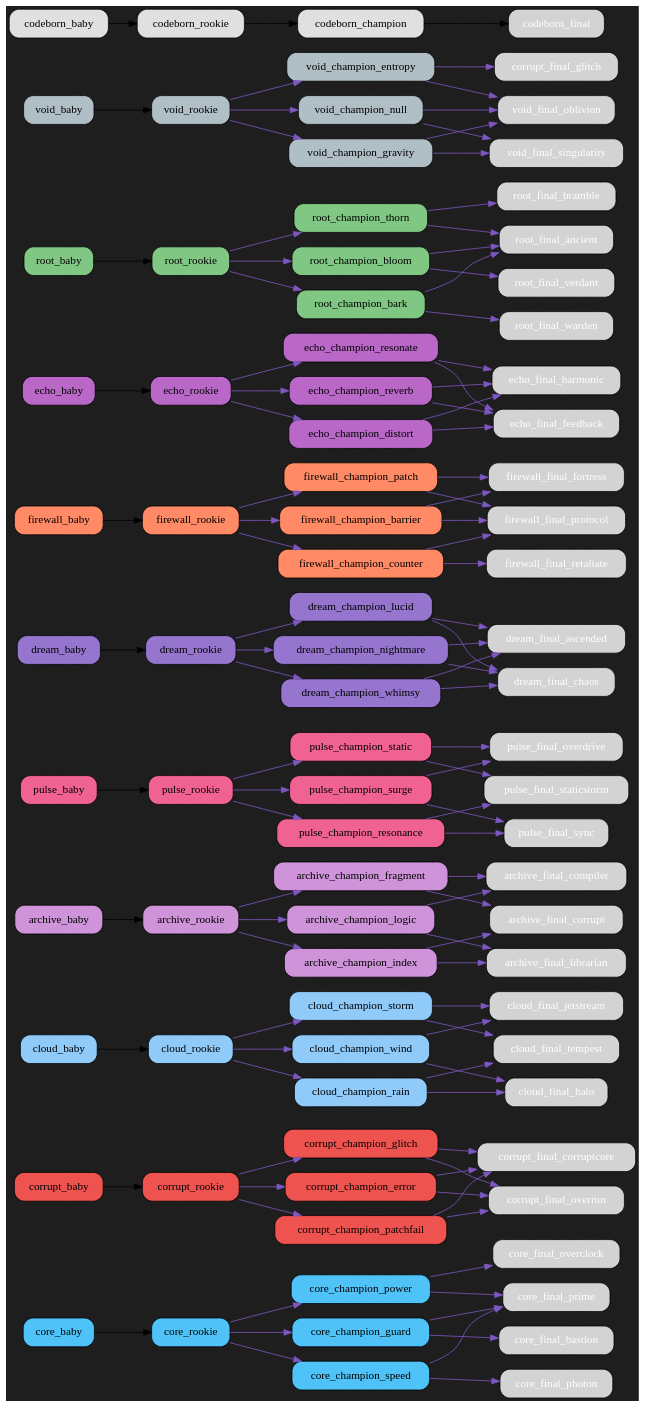
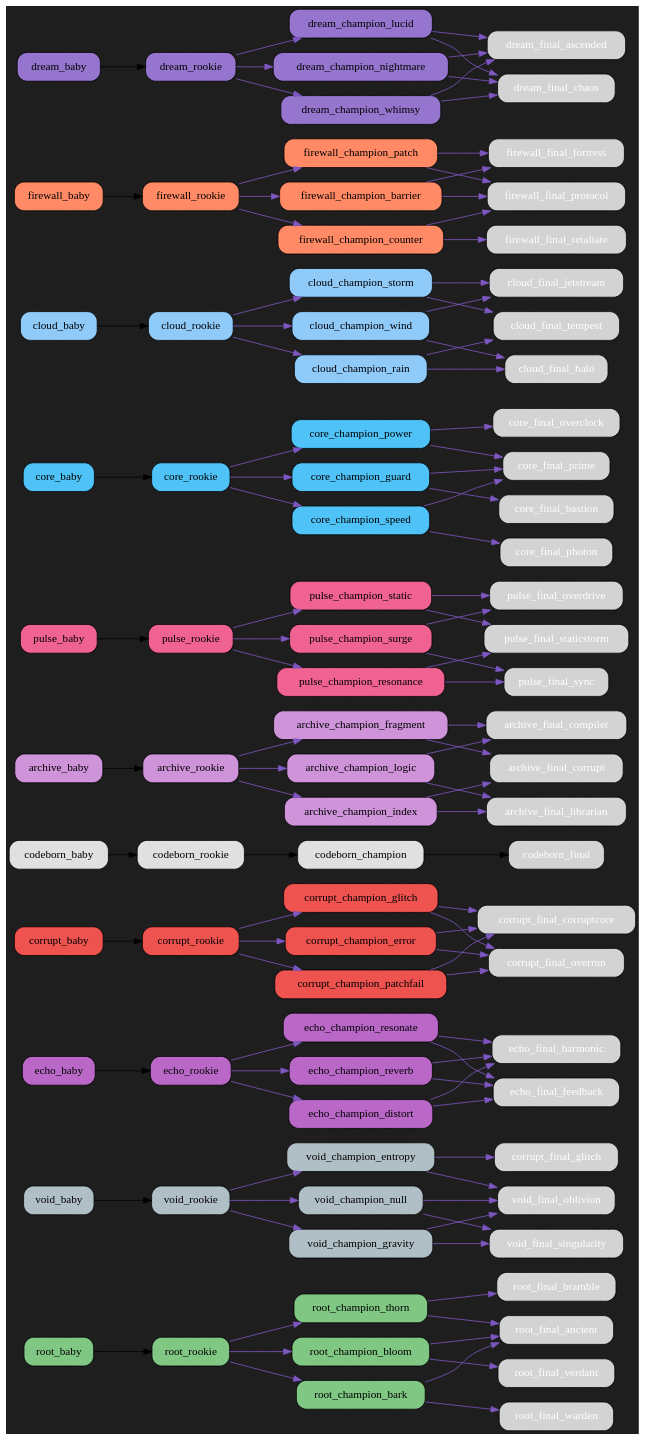
One commit to bwlight/NetGrid changed the diagram in src/netgrid/systems/evolution/graphs/dark/evolution_graph_dark.dot. Above: the diagram before and after it, drawn with Graphviz. The commit also changed other lines of this file and 8 other files, not shown here.

Commit message:
Auto-update evolution graphs

```diff
--- a/src/netgrid/systems/evolution/graphs/dark/evolution_graph_dark.dot
+++ b/src/netgrid/systems/evolution/graphs/dark/evolution_graph_dark.dot
@@ -2,21 +2,51 @@
   rankdir=LR;
   bgcolor="#1e1e1e";
   node [shape=box, style="rounded,filled", fontcolor="white"];
-  "core_baby" [fillcolor="#4fc3f7", fontcolor="black"];
-  "core_baby" -> "core_rookie";
-  "core_rookie" [fillcolor="#4fc3f7", fontcolor="black"];
-  "core_rookie" -> "core_champion_power" [color="#7e57c2"];
-  "core_rookie" -> "core_champion_guard" [color="#7e57c2"];
-  "core_rookie" -> "core_champion_speed" [color="#7e57c2"];
-  "core_champion_power" [fillcolor="#4fc3f7", fontcolor="black"];
-  "core_champion_power" -> "core_final_overclock" [color="#7e57c2"];
-  "core_champion_power" -> "core_final_prime" [color="#7e57c2"];
-  "core_champion_guard" [fillcolor="#4fc3f7", fontcolor="black"];
-  "core_champion_guard" -> "core_final_bastion" [color="#7e57c2"];
-  "core_champion_guard" -> "core_final_prime" [color="#7e57c2"];
-  "core_champion_speed" [fillcolor="#4fc3f7", fontcolor="black"];
-  "core_champion_speed" -> "core_final_photon" [color="#7e57c2"];
-  "core_champion_speed" -> "core_final_prime" [color="#7e57c2"];
+  "root_baby" [fillcolor="#81c784", fontcolor="black"];
+  "root_baby" -> "root_rookie";
+  "root_rookie" [fillcolor="#81c784", fontcolor="black"];
+  "root_rookie" -> "root_champion_thorn" [color="#7e57c2"];
+  "root_rookie" -> "root_champion_bloom" [color="#7e57c2"];
+  "root_rookie" -> "root_champion_bark" [color="#7e57c2"];
+  "root_champion_thorn" [fillcolor="#81c784", fontcolor="black"];
+  "root_champion_thorn" -> "root_final_bramble" [color="#7e57c2"];
+  "root_champion_thorn" -> "root_final_ancient" [color="#7e57c2"];
+  "root_champion_bloom" [fillcolor="#81c784", fontcolor="black"];
+  "root_champion_bloom" -> "root_final_ancient" [color="#7e57c2"];
+  "root_champion_bloom" -> "root_final_verdant" [color="#7e57c2"];
+  "root_champion_bark" [fillcolor="#81c784", fontcolor="black"];
+  "root_champion_bark" -> "root_final_warden" [color="#7e57c2"];
+  "root_champion_bark" -> "root_final_ancient" [color="#7e57c2"];
+  "void_baby" [fillcolor="#b0bec5", fontcolor="black"];
+  "void_baby" -> "void_rookie";
+  "void_rookie" [fillcolor="#b0bec5", fontcolor="black"];
+  "void_rookie" -> "void_champion_entropy" [color="#7e57c2"];
+  "void_rookie" -> "void_champion_gravity" [color="#7e57c2"];
+  "void_rookie" -> "void_champion_null" [color="#7e57c2"];
+  "void_champion_entropy" [fillcolor="#b0bec5", fontcolor="black"];
+  "void_champion_entropy" -> "corrupt_final_glitch" [color="#7e57c2"];
+  "void_champion_entropy" -> "void_final_oblivion" [color="#7e57c2"];
+  "void_champion_gravity" [fillcolor="#b0bec5", fontcolor="black"];
+  "void_champion_gravity" -> "void_final_singularity" [color="#7e57c2"];
+  "void_champion_gravity" -> "void_final_oblivion" [color="#7e57c2"];
+  "void_champion_null" [fillcolor="#b0bec5", fontcolor="black"];
+  "void_champion_null" -> "void_final_oblivion" [color="#7e57c2"];
+  "void_champion_null" -> "void_final_singularity" [color="#7e57c2"];
+  "echo_baby" [fillcolor="#ba68c8", fontcolor="black"];
+  "echo_baby" -> "echo_rookie";
+  "echo_rookie" [fillcolor="#ba68c8", fontcolor="black"];
+  "echo_rookie" -> "echo_champion_resonate" [color="#7e57c2"];
+  "echo_rookie" -> "echo_champion_reverb" [color="#7e57c2"];
+  "echo_rookie" -> "echo_champion_distort" [color="#7e57c2"];
+  "echo_champion_resonate" [fillcolor="#ba68c8", fontcolor="black"];
+  "echo_champion_resonate" -> "echo_final_harmonic" [color="#7e57c2"];
+  "echo_champion_resonate" -> "echo_final_feedback" [color="#7e57c2"];
+  "echo_champion_reverb" [fillcolor="#ba68c8", fontcolor="black"];
+  "echo_champion_reverb" -> "echo_final_feedback" [color="#7e57c2"];
+  "echo_champion_reverb" -> "echo_final_harmonic" [color="#7e57c2"];
+  "echo_champion_distort" [fillcolor="#ba68c8", fontcolor="black"];
+  "echo_champion_distort" -> "echo_final_feedback" [color="#7e57c2"];
+  "echo_champion_distort" -> "echo_final_harmonic" [color="#7e57c2"];
   "corrupt_baby" [fillcolor="#ef5350", fontcolor="black"];
   "corrupt_baby" -> "corrupt_rookie";
   "corrupt_rookie" [fillcolor="#ef5350", fontcolor="black"];
@@ -32,21 +62,12 @@
   "corrupt_champion_patchfail" [fillcolor="#ef5350", fontcolor="black"];
   "corrupt_champion_patchfail" -> "corrupt_final_corruptcore" [color="#7e57c2"];
   "corrupt_champion_patchfail" -> "corrupt_final_overrun" [color="#7e57c2"];
-  "cloud_baby" [fillcolor="#90caf9", fontcolor="black"];
-  "cloud_baby" -> "cloud_rookie";
-  "cloud_rookie" [fillcolor="#90caf9", fontcolor="black"];
-  "cloud_rookie" -> "cloud_champion_wind" [color="#7e57c2"];
-  "cloud_rookie" -> "cloud_champion_rain" [color="#7e57c2"];
-  "cloud_rookie" -> "cloud_champion_storm" [color="#7e57c2"];
-  "cloud_champion_wind" [fillcolor="#90caf9", fontcolor="black"];
-  "cloud_champion_wind" -> "cloud_final_jetstream" [color="#7e57c2"];
-  "cloud_champion_wind" -> "cloud_final_halo" [color="#7e57c2"];
-  "cloud_champion_rain" [fillcolor="#90caf9", fontcolor="black"];
-  "cloud_champion_rain" -> "cloud_final_halo" [color="#7e57c2"];
-  "cloud_champion_rain" -> "cloud_final_tempest" [color="#7e57c2"];
-  "cloud_champion_storm" [fillcolor="#90caf9", fontcolor="black"];
-  "cloud_champion_storm" -> "cloud_final_tempest" [color="#7e57c2"];
-  "cloud_champion_storm" -> "cloud_final_jetstream" [color="#7e57c2"];
+  "codeborn_baby" [fillcolor="#e0e0e0", fontcolor="black"];
+  "codeborn_baby" -> "codeborn_rookie";
+  "codeborn_rookie" [fillcolor="#e0e0e0", fontcolor="black"];
+  "codeborn_rookie" -> "codeborn_champion";
+  "codeborn_champion" [fillcolor="#e0e0e0", fontcolor="black"];
+  "codeborn_champion" -> "codeborn_final";
   "archive_baby" [fillcolor="#ce93d8", fontcolor="black"];
   "archive_baby" -> "archive_rookie";
   "archive_rookie" [fillcolor="#ce93d8", fontcolor="black"];
@@ -77,6 +98,51 @@
   "pulse_champion_static" [fillcolor="#f06292", fontcolor="black"];
   "pulse_champion_static" -> "pulse_final_staticstorm" [color="#7e57c2"];
   "pulse_champion_static" -> "pulse_final_overdrive" [color="#7e57c2"];
+  "core_baby" [fillcolor="#4fc3f7", fontcolor="black"];
+  "core_baby" -> "core_rookie";
+  "core_rookie" [fillcolor="#4fc3f7", fontcolor="black"];
+  "core_rookie" -> "core_champion_power" [color="#7e57c2"];
+  "core_rookie" -> "core_champion_guard" [color="#7e57c2"];
+  "core_rookie" -> "core_champion_speed" [color="#7e57c2"];
+  "core_champion_power" [fillcolor="#4fc3f7", fontcolor="black"];
+  "core_champion_power" -> "core_final_overclock" [color="#7e57c2"];
+  "core_champion_power" -> "core_final_prime" [color="#7e57c2"];
+  "core_champion_guard" [fillcolor="#4fc3f7", fontcolor="black"];
+  "core_champion_guard" -> "core_final_bastion" [color="#7e57c2"];
+  "core_champion_guard" -> "core_final_prime" [color="#7e57c2"];
+  "core_champion_speed" [fillcolor="#4fc3f7", fontcolor="black"];
+  "core_champion_speed" -> "core_final_photon" [color="#7e57c2"];
+  "core_champion_speed" -> "core_final_prime" [color="#7e57c2"];
+  "cloud_baby" [fillcolor="#90caf9", fontcolor="black"];
+  "cloud_baby" -> "cloud_rookie";
+  "cloud_rookie" [fillcolor="#90caf9", fontcolor="black"];
+  "cloud_rookie" -> "cloud_champion_wind" [color="#7e57c2"];
+  "cloud_rookie" -> "cloud_champion_rain" [color="#7e57c2"];
+  "cloud_rookie" -> "cloud_champion_storm" [color="#7e57c2"];
+  "cloud_champion_wind" [fillcolor="#90caf9", fontcolor="black"];
+  "cloud_champion_wind" -> "cloud_final_jetstream" [color="#7e57c2"];
+  "cloud_champion_wind" -> "cloud_final_halo" [color="#7e57c2"];
+  "cloud_champion_rain" [fillcolor="#90caf9", fontcolor="black"];
+  "cloud_champion_rain" -> "cloud_final_halo" [color="#7e57c2"];
+  "cloud_champion_rain" -> "cloud_final_tempest" [color="#7e57c2"];
+  "cloud_champion_storm" [fillcolor="#90caf9", fontcolor="black"];
+  "cloud_champion_storm" -> "cloud_final_tempest" [color="#7e57c2"];
+  "cloud_champion_storm" -> "cloud_final_jetstream" [color="#7e57c2"];
+  "firewall_baby" [fillcolor="#ff8a65", fontcolor="black"];
+  "firewall_baby" -> "firewall_rookie";
+  "firewall_rookie" [fillcolor="#ff8a65", fontcolor="black"];
+  "firewall_rookie" -> "firewall_champion_barrier" [color="#7e57c2"];
+  "firewall_rookie" -> "firewall_champion_counter" [color="#7e57c2"];
+  "firewall_rookie" -> "firewall_champion_patch" [color="#7e57c2"];
+  "firewall_champion_barrier" [fillcolor="#ff8a65", fontcolor="black"];
+  "firewall_champion_barrier" -> "firewall_final_fortress" [color="#7e57c2"];
+  "firewall_champion_barrier" -> "firewall_final_protocol" [color="#7e57c2"];
+  "firewall_champion_counter" [fillcolor="#ff8a65", fontcolor="black"];
+  "firewall_champion_counter" -> "firewall_final_retaliate" [color="#7e57c2"];
+  "firewall_champion_counter" -> "firewall_final_protocol" [color="#7e57c2"];
+  "firewall_champion_patch" [fillcolor="#ff8a65", fontcolor="black"];
+  "firewall_champion_patch" -> "firewall_final_protocol" [color="#7e57c2"];
+  "firewall_champion_patch" -> "firewall_final_fortress" [color="#7e57c2"];
   "dream_baby" [fillcolor="#9575cd", fontcolor="black"];
   "dream_baby" -> "dream_rookie";
   "dream_rookie" [fillcolor="#9575cd", fontcolor="black"];
@@ -92,70 +158,4 @@
   "dream_champion_whimsy" [fillcolor="#9575cd", fontcolor="black"];
   "dream_champion_whimsy" -> "dream_final_ascended" [color="#7e57c2"];
   "dream_champion_whimsy" -> "dream_final_chaos" [color="#7e57c2"];
-  "firewall_baby" [fillcolor="#ff8a65", fontcolor="black"];
-  "firewall_baby" -> "firewall_rookie";
-  "firewall_rookie" [fillcolor="#ff8a65", fontcolor="black"];
-  "firewall_rookie" -> "firewall_champion_barrier" [color="#7e57c2"];
-  "firewall_rookie" -> "firewall_champion_counter" [color="#7e57c2"];
-  "firewall_rookie" -> "firewall_champion_patch" [color="#7e57c2"];
-  "firewall_champion_barrier" [fillcolor="#ff8a65", fontcolor="black"];
-  "firewall_champion_barrier" -> "firewall_final_fortress" [color="#7e57c2"];
-  "firewall_champion_barrier" -> "firewall_final_protocol" [color="#7e57c2"];
-  "firewall_champion_counter" [fillcolor="#ff8a65", fontcolor="black"];
-  "firewall_champion_counter" -> "firewall_final_retaliate" [color="#7e57c2"];
-  "firewall_champion_counter" -> "firewall_final_protocol" [color="#7e57c2"];
-  "firewall_champion_patch" [fillcolor="#ff8a65", fontcolor="black"];
-  "firewall_champion_patch" -> "firewall_final_protocol" [color="#7e57c2"];
-  "firewall_champion_patch" -> "firewall_final_fortress" [color="#7e57c2"];
-  "echo_baby" [fillcolor="#ba68c8", fontcolor="black"];
-  "echo_baby" -> "echo_rookie";
-  "echo_rookie" [fillcolor="#ba68c8", fontcolor="black"];
-  "echo_rookie" -> "echo_champion_resonate" [color="#7e57c2"];
-  "echo_rookie" -> "echo_champion_reverb" [color="#7e57c2"];
-  "echo_rookie" -> "echo_champion_distort" [color="#7e57c2"];
-  "echo_champion_resonate" [fillcolor="#ba68c8", fontcolor="black"];
-  "echo_champion_resonate" -> "echo_final_harmonic" [color="#7e57c2"];
-  "echo_champion_resonate" -> "echo_final_feedback" [color="#7e57c2"];
-  "echo_champion_reverb" [fillcolor="#ba68c8", fontcolor="black"];
-  "echo_champion_reverb" -> "echo_final_feedback" [color="#7e57c2"];
-  "echo_champion_reverb" -> "echo_final_harmonic" [color="#7e57c2"];
-  "echo_champion_distort" [fillcolor="#ba68c8", fontcolor="black"];
-  "echo_champion_distort" -> "echo_final_feedback" [color="#7e57c2"];
-  "echo_champion_distort" -> "echo_final_harmonic" [color="#7e57c2"];
-  "root_baby" [fillcolor="#81c784", fontcolor="black"];
-  "root_baby" -> "root_rookie";
-  "root_rookie" [fillcolor="#81c784", fontcolor="black"];
-  "root_rookie" -> "root_champion_thorn" [color="#7e57c2"];
-  "root_rookie" -> "root_champion_bloom" [color="#7e57c2"];
-  "root_rookie" -> "root_champion_bark" [color="#7e57c2"];
-  "root_champion_thorn" [fillcolor="#81c784", fontcolor="black"];
-  "root_champion_thorn" -> "root_final_bramble" [color="#7e57c2"];
-  "root_champion_thorn" -> "root_final_ancient" [color="#7e57c2"];
-  "root_champion_bloom" [fillcolor="#81c784", fontcolor="black"];
-  "root_champion_bloom" -> "root_final_ancient" [color="#7e57c2"];
-  "root_champion_bloom" -> "root_final_verdant" [color="#7e57c2"];
-  "root_champion_bark" [fillcolor="#81c784", fontcolor="black"];
-  "root_champion_bark" -> "root_final_warden" [color="#7e57c2"];
-  "root_champion_bark" -> "root_final_ancient" [color="#7e57c2"];
-  "void_baby" [fillcolor="#b0bec5", fontcolor="black"];
-  "void_baby" -> "void_rookie";
-  "void_rookie" [fillcolor="#b0bec5", fontcolor="black"];
-  "void_rookie" -> "void_champion_entropy" [color="#7e57c2"];
-  "void_rookie" -> "void_champion_gravity" [color="#7e57c2"];
-  "void_rookie" -> "void_champion_null" [color="#7e57c2"];
-  "void_champion_entropy" [fillcolor="#b0bec5", fontcolor="black"];
-  "void_champion_entropy" -> "corrupt_final_glitch" [color="#7e57c2"];
-  "void_champion_entropy" -> "void_final_oblivion" [color="#7e57c2"];
-  "void_champion_gravity" [fillcolor="#b0bec5", fontcolor="black"];
-  "void_champion_gravity" -> "void_final_singularity" [color="#7e57c2"];
-  "void_champion_gravity" -> "void_final_oblivion" [color="#7e57c2"];
-  "void_champion_null" [fillcolor="#b0bec5", fontcolor="black"];
-  "void_champion_null" -> "void_final_oblivion" [color="#7e57c2"];
-  "void_champion_null" -> "void_final_singularity" [color="#7e57c2"];
-  "codeborn_baby" [fillcolor="#e0e0e0", fontcolor="black"];
-  "codeborn_baby" -> "codeborn_rookie";
-  "codeborn_rookie" [fillcolor="#e0e0e0", fontcolor="black"];
-  "codeborn_rookie" -> "codeborn_champion";
-  "codeborn_champion" [fillcolor="#e0e0e0", fontcolor="black"];
-  "codeborn_champion" -> "codeborn_final";
 }
```
